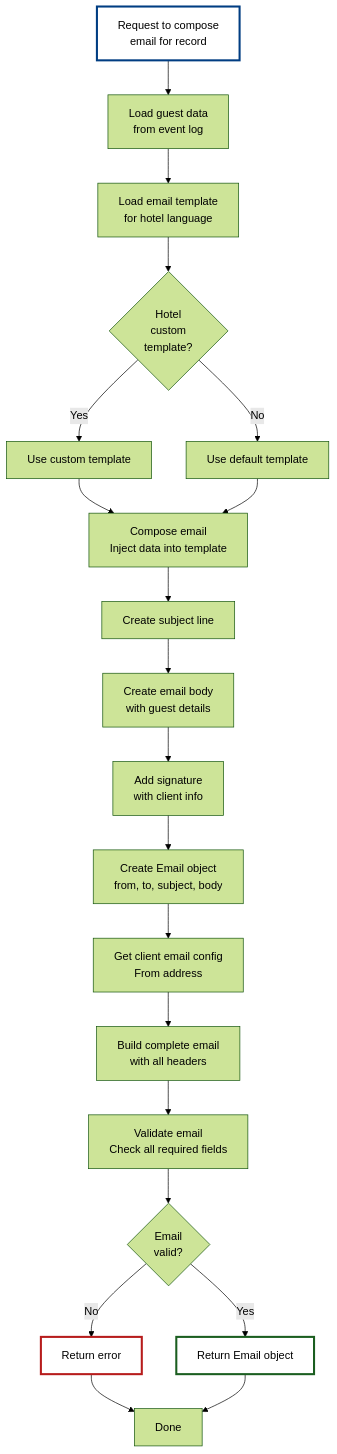
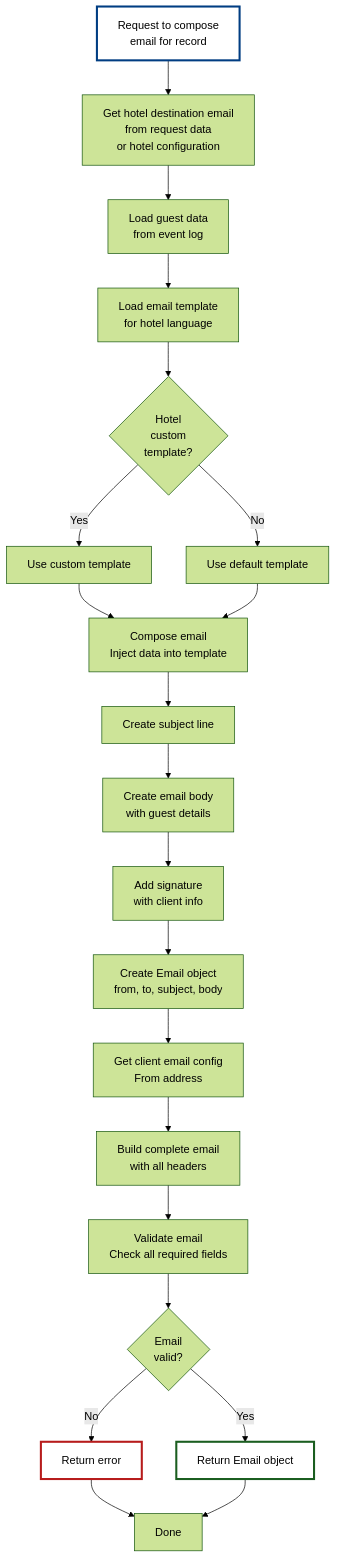
One commit to Org-for-Folio-AI/FolioAISpecs changed the first of 2 diagrams in design/components/06-Email-Composer.md. Above: the diagram before and after it, drawn with Mermaid (forest theme). The commit also changed 1 other file, not shown here.

Commit message:
Update architecture and components for hotel destination email clarification
Following the spec update that Hotel Destination Email is per-request data
(not system configuration):

Folio-architecture.md:
- Updated Hotel Configuration description to explicitly list phone number and
  destination email address for folio requests (along with IVR paths and voicemail preferences)
- Updated Critical Process Flow to add explicit step: "Get hotel destination email
  from request or hotel config" before sending email
- Shows that hotel destination email comes from folio request data or hotel configuration lookup

design/components/06-Email-Composer.md:
- Updated Email Composition Flow to include step: "Get hotel destination email
  from request data or hotel configuration" at the beginning
- Clarifies that hotel email is sourced dynamically per request, not from global configuration

This ensures all architecture diagrams and component designs correctly reflect
that hotel destination email is per-folio-request data, similar to how
hotel phone number is handled.

````diff
--- a/design/components/06-Email-Composer.md
+++ b/design/components/06-Email-Composer.md
@@ -55,36 +55,38 @@
 ```mermaid
 %%{init: {'fontSize': 18, 'fontFamily': 'arial'}}%%
 flowchart TD
-    Start["Request to compose<br/>email for record"] --> Load["Load guest data<br/>from event log"]
+    Start["Request to compose<br/>email for record"] --> GetHotelEmail["Get hotel destination email<br/>from request data<br/>or hotel configuration"]
+
+    GetHotelEmail --> Load["Load guest data<br/>from event log"]
 
     Load --> LoadTemplate["Load email template<br/>for hotel language"]
     LoadTemplate --> CheckCustom{Hotel<br/>custom<br/>template?}
 
     CheckCustom -->|Yes| UseCustom["Use custom template"]
     CheckCustom -->|No| UseDefault["Use default template"]
 
     UseCustom --> Compose
     UseDefault --> Compose
 
     Compose["Compose email<br/>Inject data into template"]
     Compose --> Subject["Create subject line"]
     Subject --> Body["Create email body<br/>with guest details"]
     Body --> Signature["Add signature<br/>with client info"]
 
     Signature --> Email["Create Email object<br/>from, to, subject, body"]
     Email --> GetConfig["Get client email config<br/>From address"]
     GetConfig --> Build["Build complete email<br/>with all headers"]
 
     Build --> Validate["Validate email<br/>Check all required fields"]
     Validate --> Valid{Email<br/>valid?}
 
     Valid -->|No| Error["Return error"]
     Valid -->|Yes| Return["Return Email object"]
 
     Error --> Done["Done"]
     Return --> Done
 
     style Start stroke:#003d82,fill:#ffffff,stroke-width:3px,font-size:16px
     style Return stroke:#1b5e20,fill:#ffffff,stroke-width:3px,font-size:16px
     style Error stroke:#b71c1c,fill:#ffffff,stroke-width:3px,font-size:16px
 ```
````
